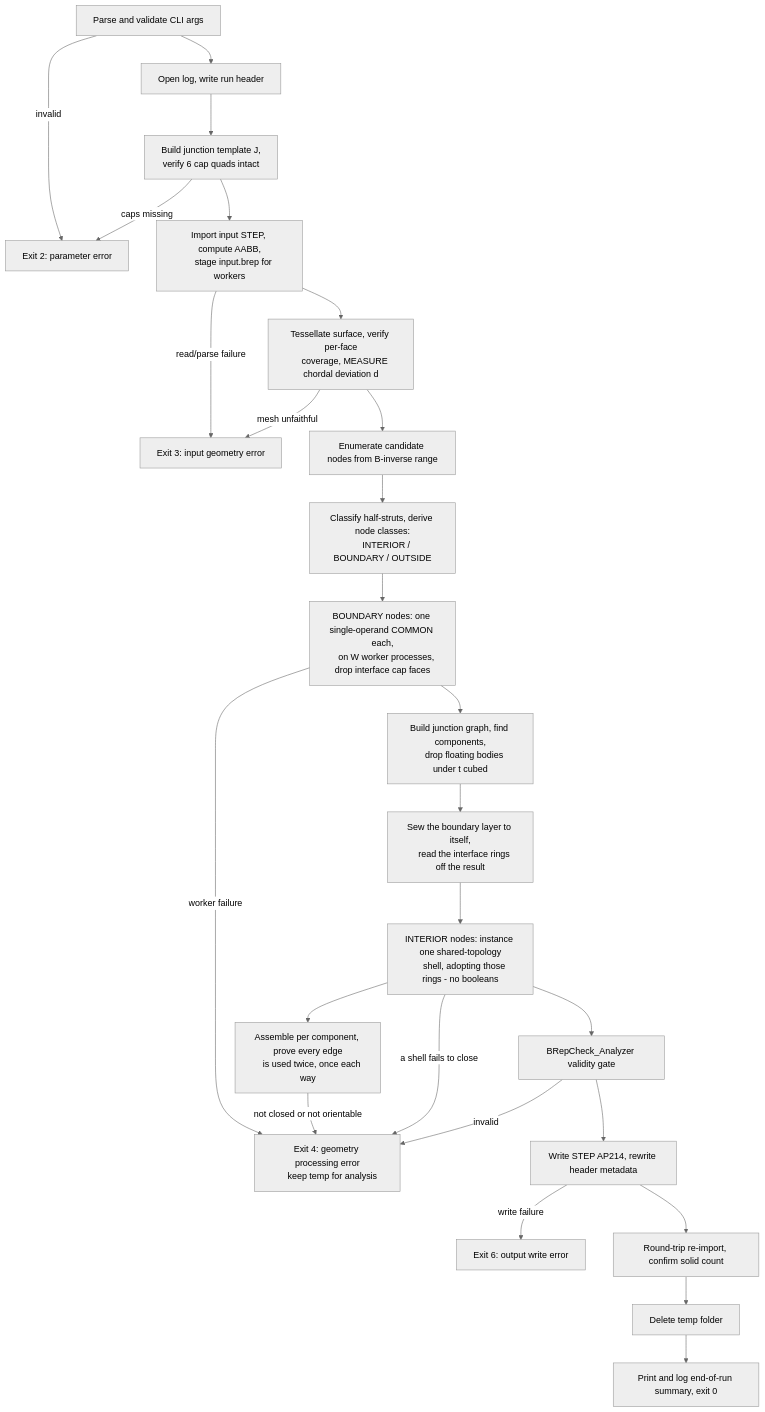
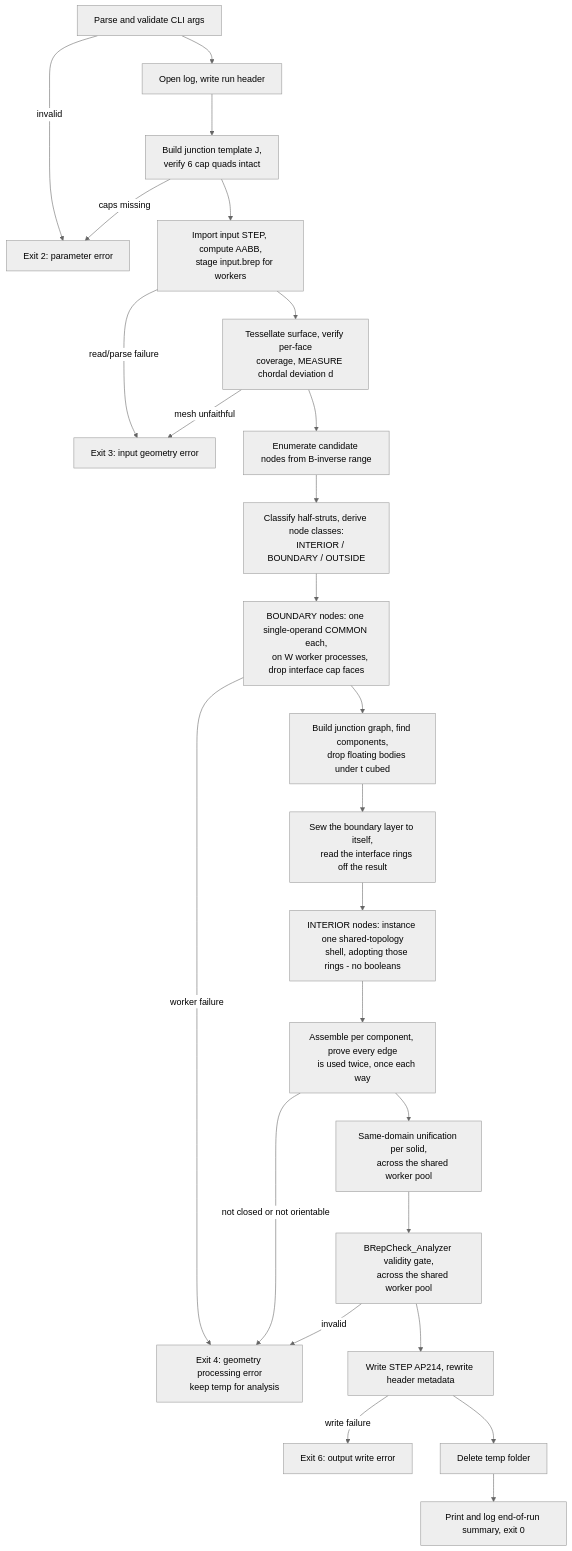
Before and after one commit to arnego/latticegen2: the first of 2 diagrams in docs/algorithm.md, drawn with Mermaid (neutral theme). The commit also changed other lines of this file and 19 other files, not shown here.

````diff
--- a/docs/algorithm.md
+++ b/docs/algorithm.md
@@ -198,38 +198,39 @@
 ```mermaid
 flowchart TD
     A[Parse and validate CLI args] -->|invalid| E1[Exit 2: parameter error]
     A --> B[Open log, write run header]
     B --> C[Build junction template J,
     verify 6 cap quads intact]
     C -->|caps missing| E1
     C --> D[Import input STEP, compute AABB,
     stage input.brep for workers]
     D -->|read/parse failure| E2[Exit 3: input geometry error]
     D --> F[Tessellate surface, verify per-face
     coverage, MEASURE chordal deviation d]
     F -->|mesh unfaithful| E2
     F --> G[Enumerate candidate nodes from B-inverse range]
     G --> H[Classify half-struts, derive node classes:
     INTERIOR / BOUNDARY / OUTSIDE]
     H --> I[BOUNDARY nodes: one single-operand COMMON each,
     on W worker processes, drop interface cap faces]
     I -->|worker failure| E3[Exit 4: geometry processing error
     keep temp for analysis]
     I --> J[Build junction graph, find components,
     drop floating bodies under t cubed]
     J --> K[Sew the boundary layer to itself,
     read the interface rings off the result]
     K --> L[INTERIOR nodes: instance one shared-topology
     shell, adopting those rings - no booleans]
     L --> M0[Assemble per component, prove every edge
     is used twice, once each way]
     M0 -->|not closed or not orientable| E3
-    L -->|a shell fails to close| E3
-    L --> M[BRepCheck_Analyzer validity gate]
+    M0 --> S[Same-domain unification per solid,
+    across the shared worker pool]
+    S --> M[BRepCheck_Analyzer validity gate,
+    across the shared worker pool]
     M -->|invalid| E3
     M --> N[Write STEP AP214, rewrite header metadata]
     N -->|write failure| E4[Exit 6: output write error]
-    N --> O[Round-trip re-import, confirm solid count]
-    O --> P[Delete temp folder]
+    N --> P[Delete temp folder]
     P --> Q[Print and log end-of-run summary, exit 0]
 ```
````
